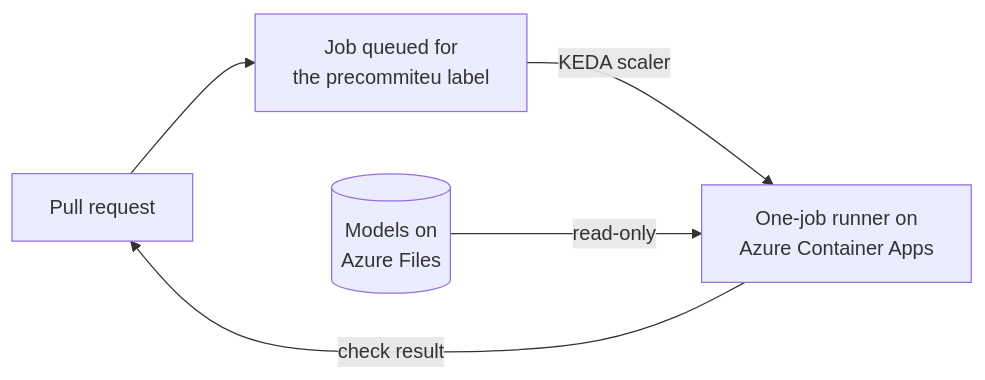
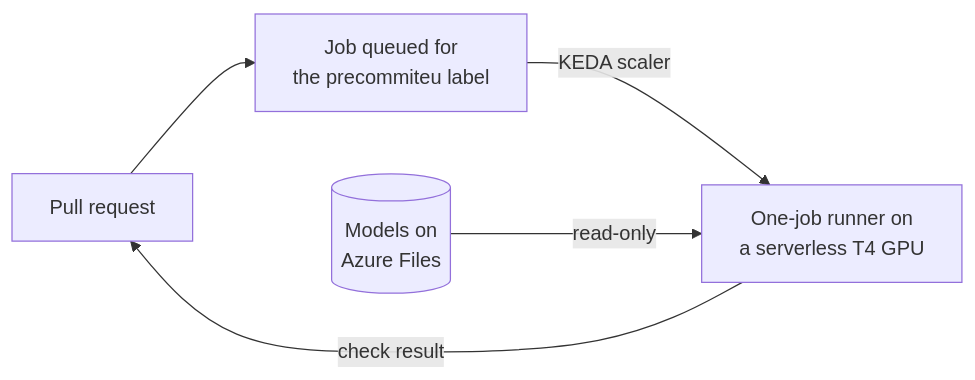
The diagram in README.md (AlexandruGirlea/precommiteu-ops), drawn with Mermaid before and after one commit. The commit also changed other lines of this file and 7 other files, not shown here.

First line of the commit message:
Release 0.2.0: scan pull requests on a serverless T4 GPU

````diff
--- a/README.md
+++ b/README.md
@@ -38,7 +38,7 @@
 ```mermaid
 flowchart LR
     pr[Pull request] --> job[Job queued for<br>the precommiteu label]
-    job -->|KEDA scaler| runner[One-job runner on<br>Azure Container Apps]
+    job -->|KEDA scaler| runner[One-job runner on<br>a serverless T4 GPU]
     models[(Models on<br>Azure Files)] -->|read-only| runner
     runner -->|check result| pr
 ```
````
